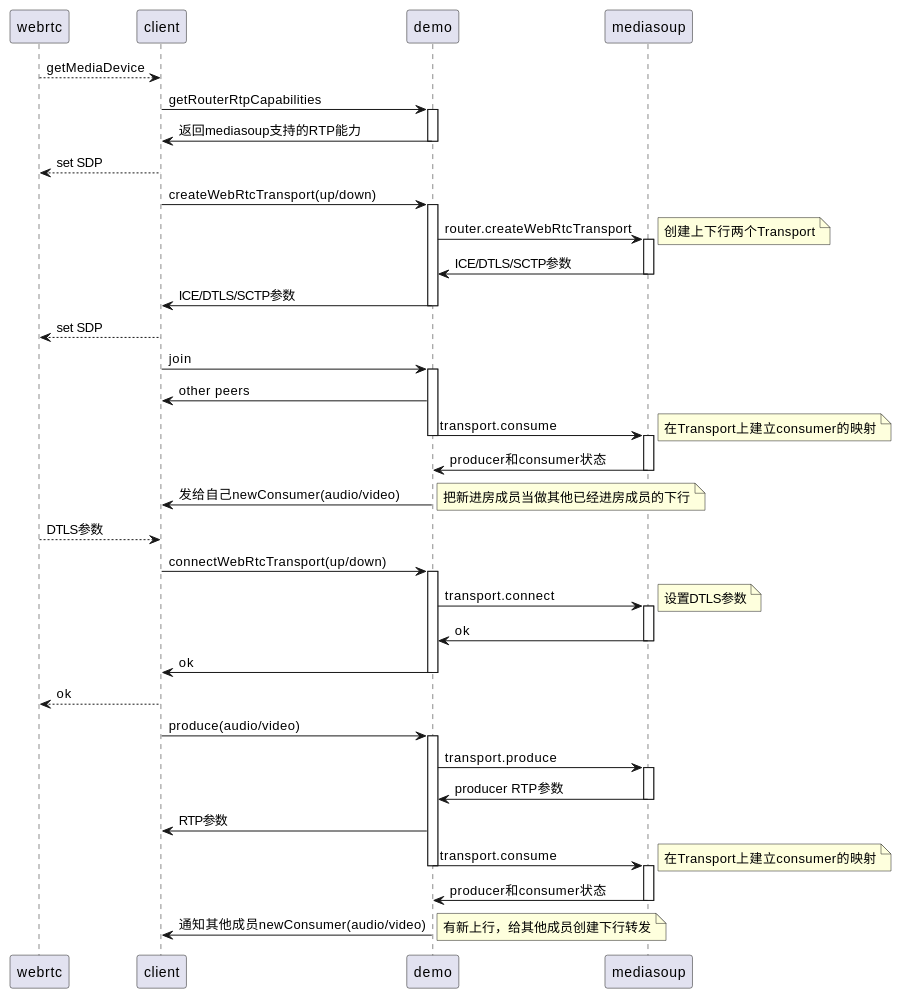
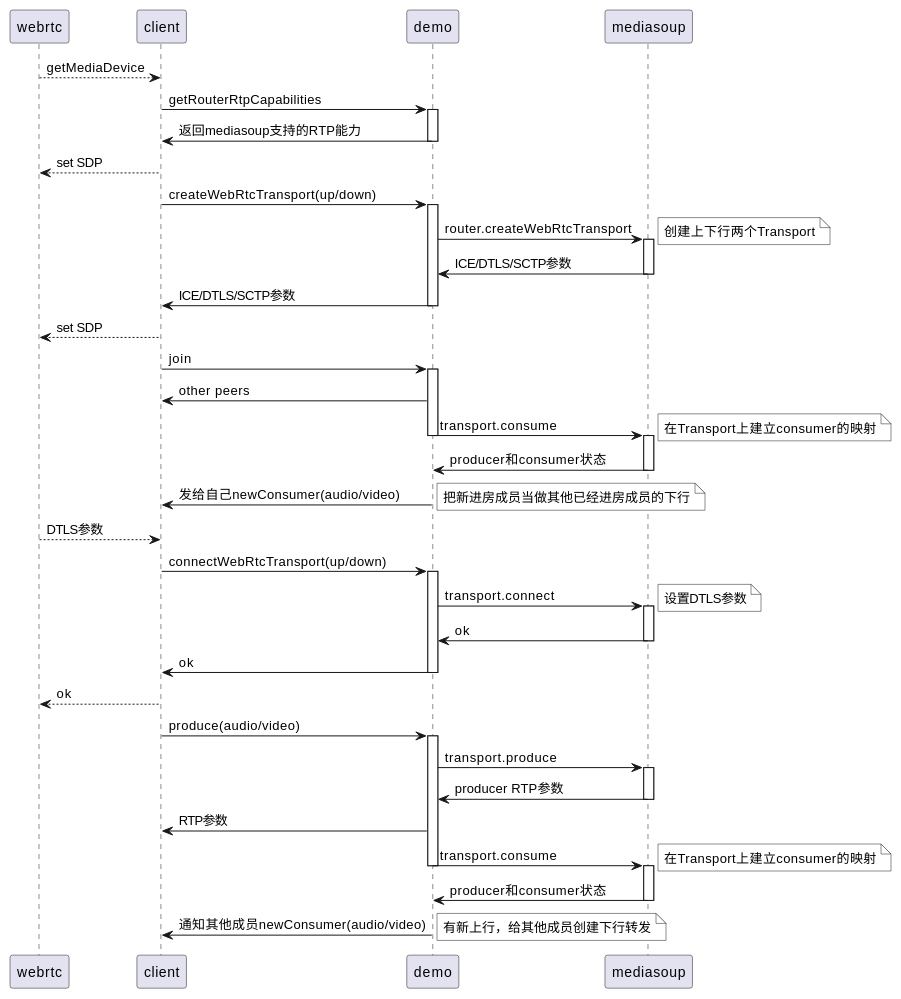
One commit to byyam/byyam.github.io changed the diagram in source/_posts/2021-04-10-mediasoup.md. Above: the diagram before and after it, drawn with PlantUML. The commit also changed 1 other file, not shown here.

````diff
--- a/source/_posts/2021-04-10-mediasoup.md
+++ b/source/_posts/2021-04-10-mediasoup.md
@@ -42,61 +42,63 @@
 ``` plantuml
+skinparam NoteBackgroundColor white
+
 webrtc --> client : getMediaDevice 
 client -> demo : getRouterRtpCapabilities
 activate demo
 demo -> client : 返回mediasoup支持的RTP能力
 deactivate demo
 client --> webrtc : set SDP
 
 client -> demo : createWebRtcTransport(up/down)
 activate demo
 demo -> mediasoup : router.createWebRtcTransport
 activate mediasoup
 note right : 创建上下行两个Transport
 mediasoup -> demo : ICE/DTLS/SCTP参数
 deactivate mediasoup
 demo -> client : ICE/DTLS/SCTP参数
 deactivate demo
 client --> webrtc : set SDP
 
 client -> demo : join
 activate demo
 demo -> client : other peers
 demo -> mediasoup : transport.consume
 deactivate demo
 activate mediasoup
 note right : 在Transport上建立consumer的映射
 mediasoup -> demo : producer和consumer状态
 deactivate mediasoup
 demo -> client : 发给自己newConsumer(audio/video)
 note right : 把新进房成员当做其他已经进房成员的下行
 
 webrtc --> client : DTLS参数
 client -> demo : connectWebRtcTransport(up/down)
 activate demo
 demo -> mediasoup : transport.connect
 activate mediasoup
 note right : 设置DTLS参数
 mediasoup -> demo : ok
 deactivate mediasoup
 demo -> client : ok
 deactivate demo
 client --> webrtc : ok
 
 client -> demo : produce(audio/video)
 activate demo
 demo -> mediasoup : transport.produce
 activate mediasoup
 mediasoup -> demo : producer RTP参数
 deactivate mediasoup
 demo -> client : RTP参数
 demo -> mediasoup : transport.consume
 deactivate demo
 activate mediasoup
 note right : 在Transport上建立consumer的映射
 mediasoup -> demo : producer和consumer状态
 deactivate mediasoup
 demo -> client : 通知其他成员newConsumer(audio/video)
 note right : 有新上行，给其他成员创建下行转发
 
 
 ```
````
